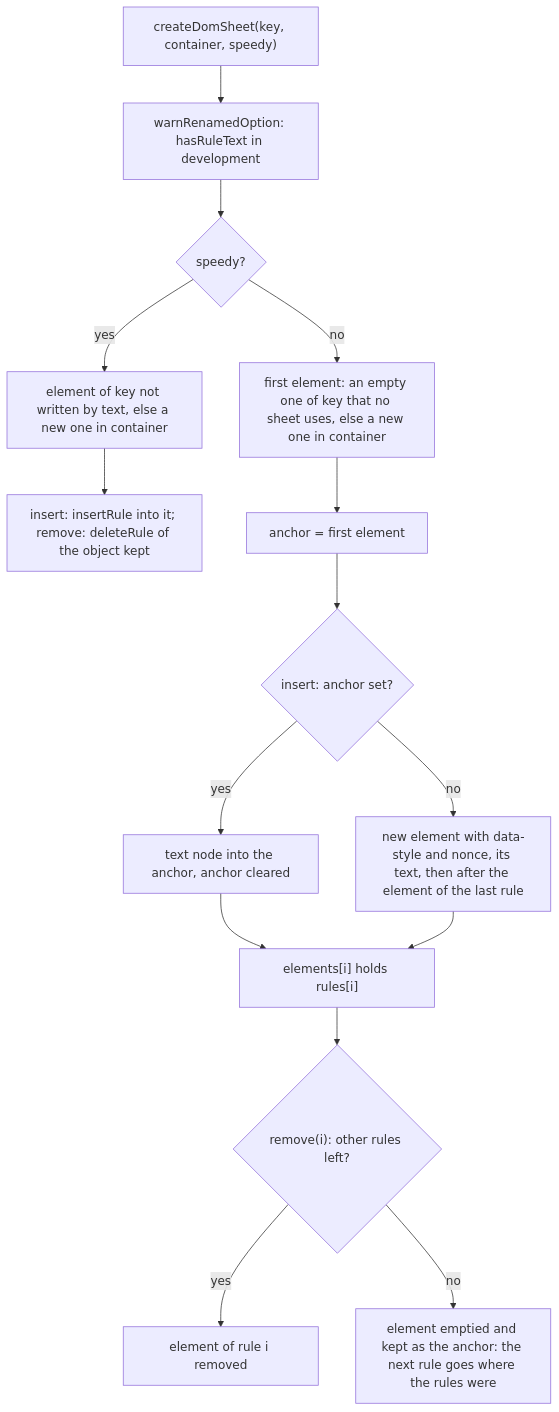
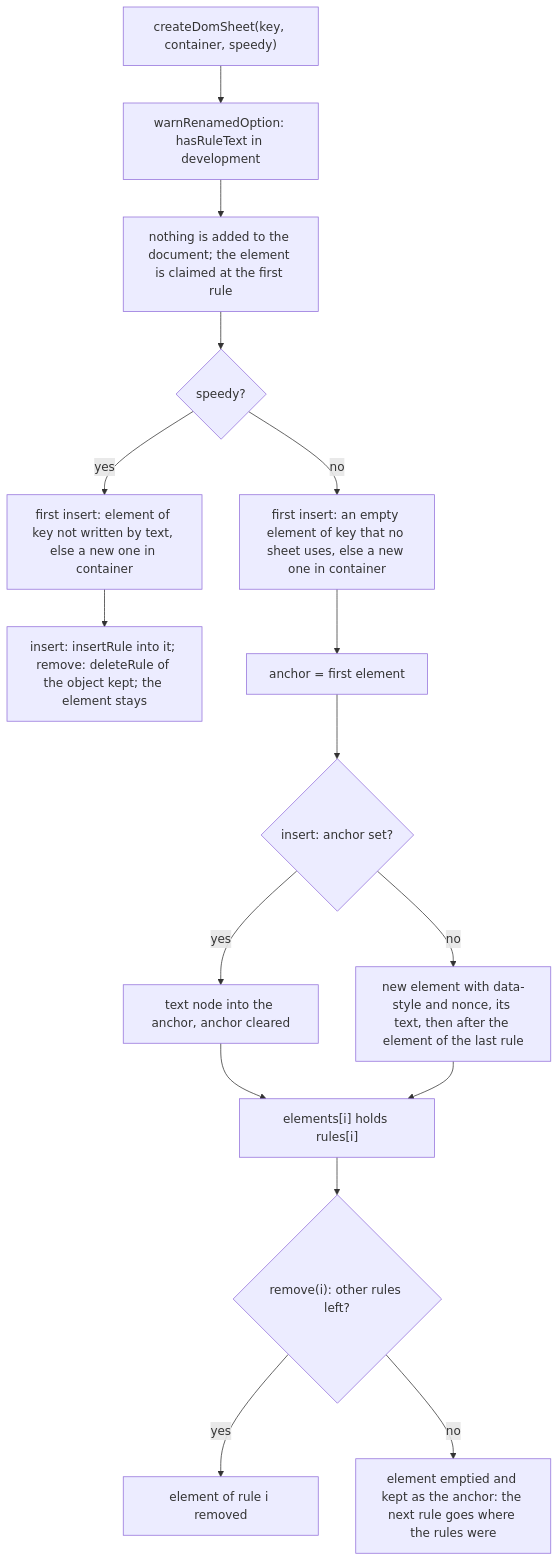
One commit to soroush-tech/umber-style changed the third of 3 diagrams in packages/core/src/cache.md. Above: the diagram before and after it, drawn with Mermaid. The commit also changed other lines of this file and 23 other files, not shown here.

Commit message:
feat(core): a sheet makes its style element when its first rule is written, so a cache made before the nonce is known leaves no element without one - #13

````diff
--- a/packages/core/src/cache.md
+++ b/packages/core/src/cache.md
@@ -69,17 +69,18 @@
 ```mermaid
 flowchart TD
   create["createDomSheet(key, container, speedy)"] --> renamed["warnRenamedOption: hasRuleText in development"]
-  renamed --> mode{"speedy?"}
-  mode -->|yes| ruleEl["element of key not written by text, else a new one in container"]
-  ruleEl --> insertRule["insert: insertRule into it; remove: deleteRule of the object kept"]
-  mode -->|no| firstEl["first element: an empty one of key that no sheet uses, else a new one in container"]
+  renamed --> nothing["nothing is added to the document; the element is claimed at the first rule"]
+  nothing --> mode{"speedy?"}
+  mode -->|yes| ruleEl["first insert: element of key not written by text, else a new one in container"]
+  ruleEl --> insertRule["insert: insertRule into it; remove: deleteRule of the object kept; the element stays"]
+  mode -->|no| firstEl["first insert: an empty element of key that no sheet uses, else a new one in container"]
   firstEl --> anchor["anchor = first element"]
   anchor --> ins{"insert: anchor set?"}
   ins -->|yes| intoAnchor["text node into the anchor, anchor cleared"]
   ins -->|no| newEl["new element with data-style and nonce, its text, then after the element of the last rule"]
   intoAnchor --> list["elements[i] holds rules[i]"]
   newEl --> list
   list --> rem{"remove(i): other rules left?"}
   rem -->|yes| drop["element of rule i removed"]
   rem -->|no| keep["element emptied and kept as the anchor: the next rule goes where the rules were"]
 ```
````
